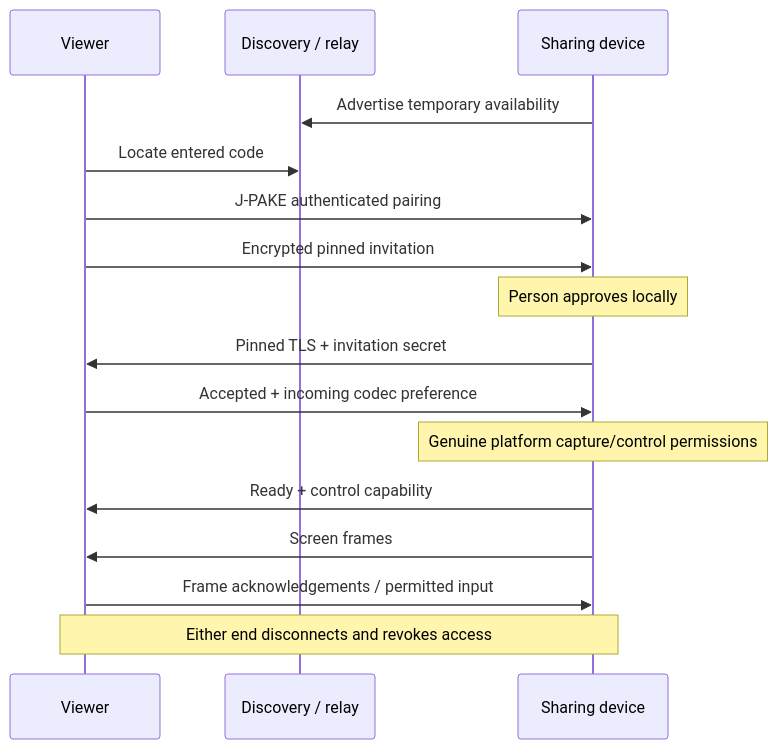
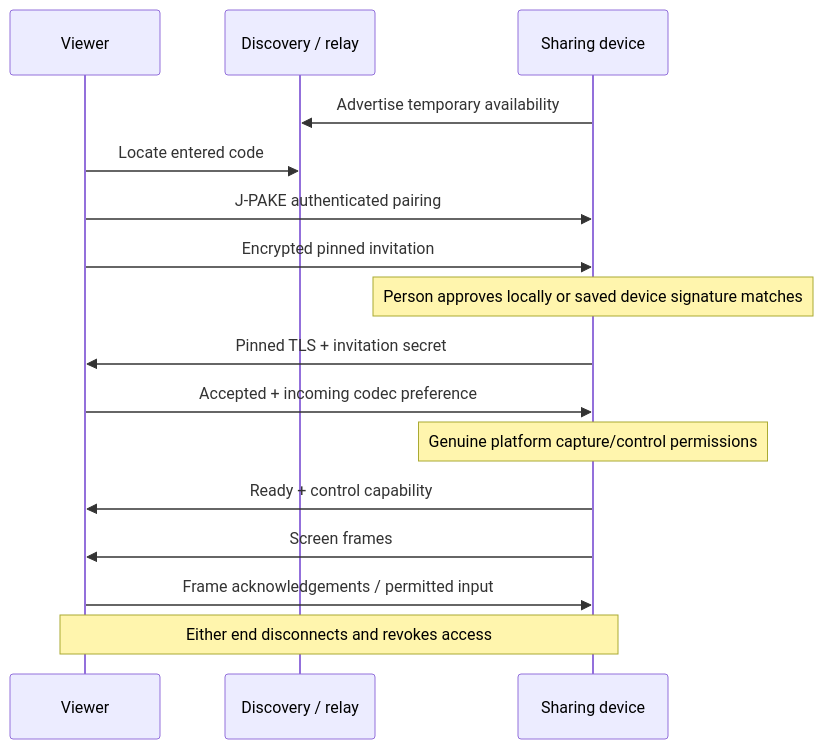
One commit to DJProspero1/BetterDesk changed the diagram in docs/PROTOCOL.md. Above: the diagram before and after it, drawn with Mermaid. The commit also changed other lines of this file and 35 other files, not shown here.

````diff
--- a/docs/PROTOCOL.md
+++ b/docs/PROTOCOL.md
@@ -44,18 +44,18 @@
 ```mermaid
 sequenceDiagram
     participant V as Viewer
     participant R as Discovery / relay
     participant S as Sharing device
     S->>R: Advertise temporary availability
     V->>R: Locate entered code
     V->>S: J-PAKE authenticated pairing
     V->>S: Encrypted pinned invitation
-    Note over S: Person approves locally
+    Note over S: Person approves locally or saved device signature matches
     S->>V: Pinned TLS + invitation secret
     V->>S: Accepted + incoming codec preference
     Note over S: Genuine platform capture/control permissions
     S->>V: Ready + control capability
     S->>V: Screen frames
     V->>S: Frame acknowledgements / permitted input
     Note over V,S: Either end disconnects and revokes access
 ```
````
